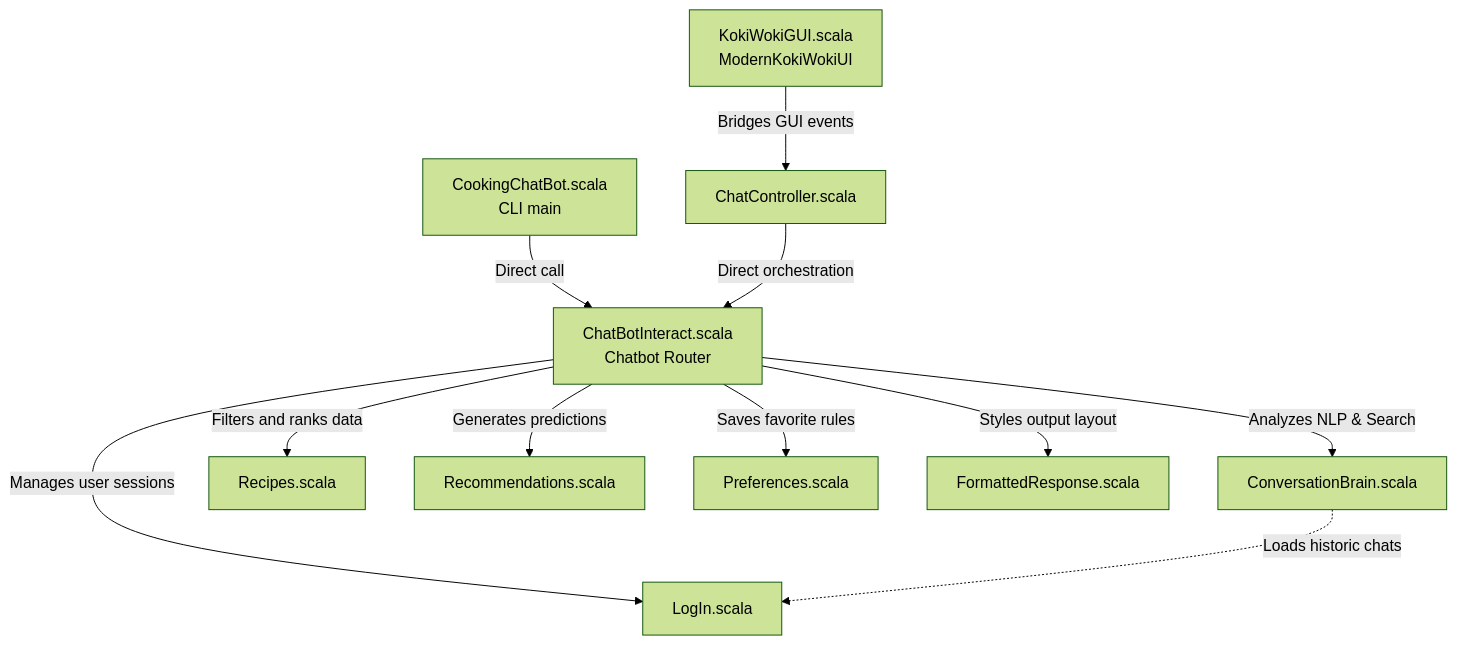
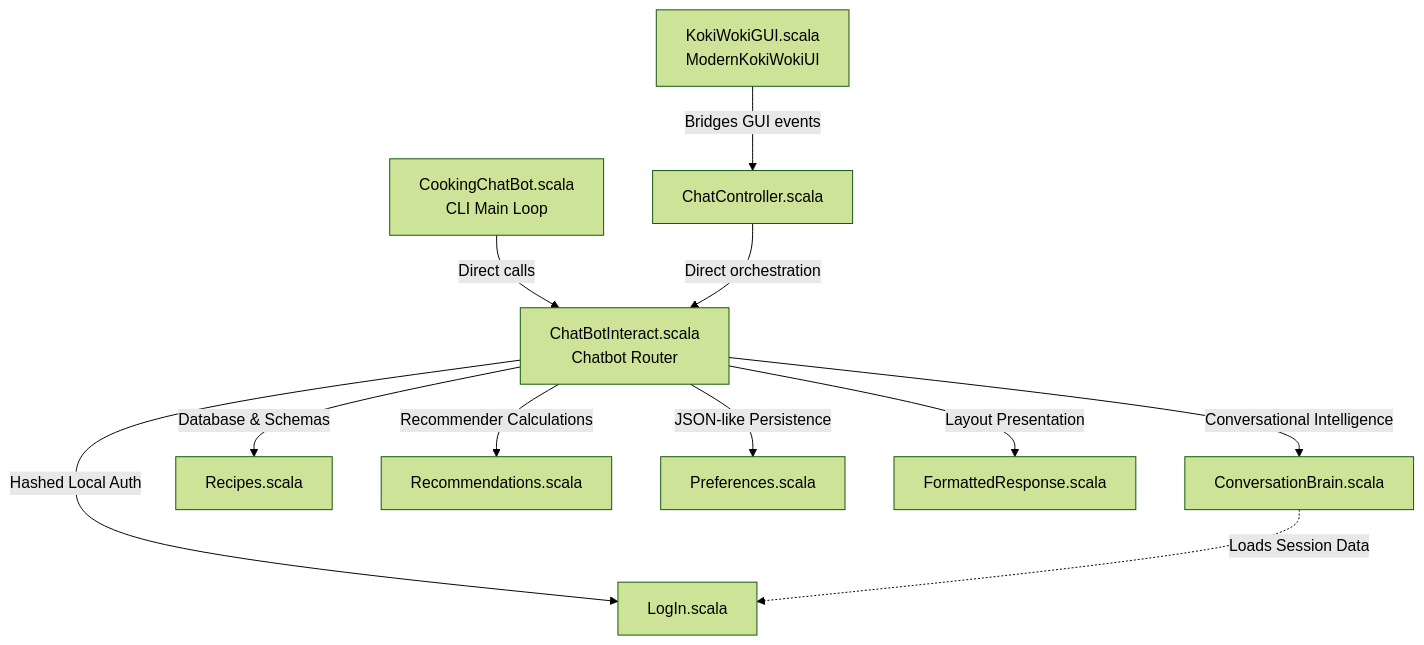
One commit to ahxxct/Scala_Cooking-and-Recipes_ChatBot changed the diagram in README.md. Above: the diagram before and after it, drawn with Mermaid (forest theme). The commit also changed other lines of this file, not shown here.

````diff
--- a/README.md
+++ b/README.md
@@ -49,20 +49,20 @@
 ```mermaid
 graph TD
-    %% Entry Points
+    %% Presentation
     GUI[KokiWokiGUI.scala <br> ModernKokiWokiUI] -->|Bridges GUI events| Controller[ChatController.scala]
-    CLI[CookingChatBot.scala <br> CLI main] -->|Direct call| Chatbot[ChatBotInteract.scala <br> Chatbot Router]
+    CLI[CookingChatBot.scala <br> CLI Main Loop] -->|Direct calls| Chatbot[ChatBotInteract.scala <br> Chatbot Router]
     
     %% GUI & Core Connection
     Controller -->|Direct orchestration| Chatbot
     
-    %% Chatbot Engine Dependencies
-    Chatbot -->|Analyzes NLP & Search| Brain[ConversationBrain.scala]
-    Chatbot -->|Filters and ranks data| Recipes[Recipes.scala]
-    Chatbot -->|Generates predictions| Recommender[Recommendations.scala]
-    Chatbot -->|Saves favorite rules| Prefs[Preferences.scala]
-    Chatbot -->|Manages user sessions| Auth[LogIn.scala]
-    Chatbot -->|Styles output layout| Formatter[FormattedResponse.scala]
+    %% Engine Modules
+    Chatbot -->|Conversational Intelligence| Brain[ConversationBrain.scala]
+    Chatbot -->|Database & Schemas| Recipes[Recipes.scala]
+    Chatbot -->|Recommender Calculations| Recommender[Recommendations.scala]
+    Chatbot -->|JSON-like Persistence| Prefs[Preferences.scala]
+    Chatbot -->|Hashed Local Auth| Auth[LogIn.scala]
+    Chatbot -->|Layout Presentation| Formatter[FormattedResponse.scala]
 
     %% Metadata
-    Brain -.->|Loads historic chats| Auth
+    Brain -.->|Loads Session Data| Auth
 ```
````
